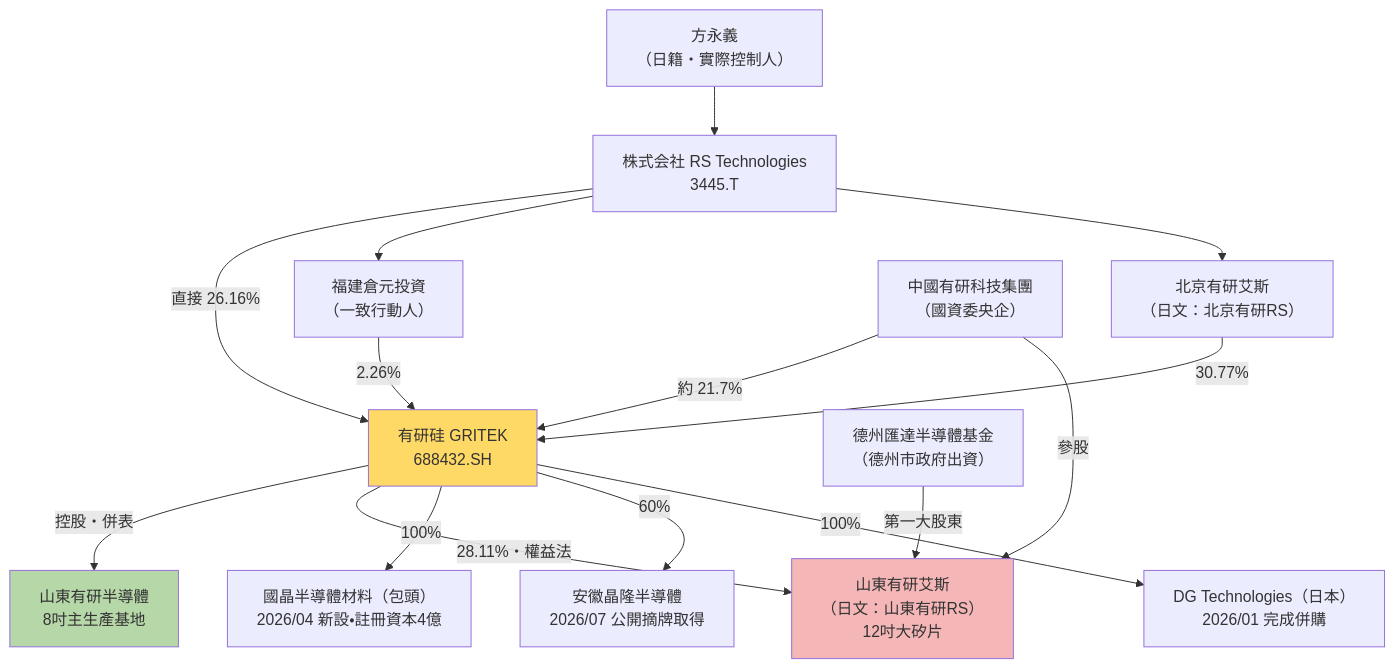
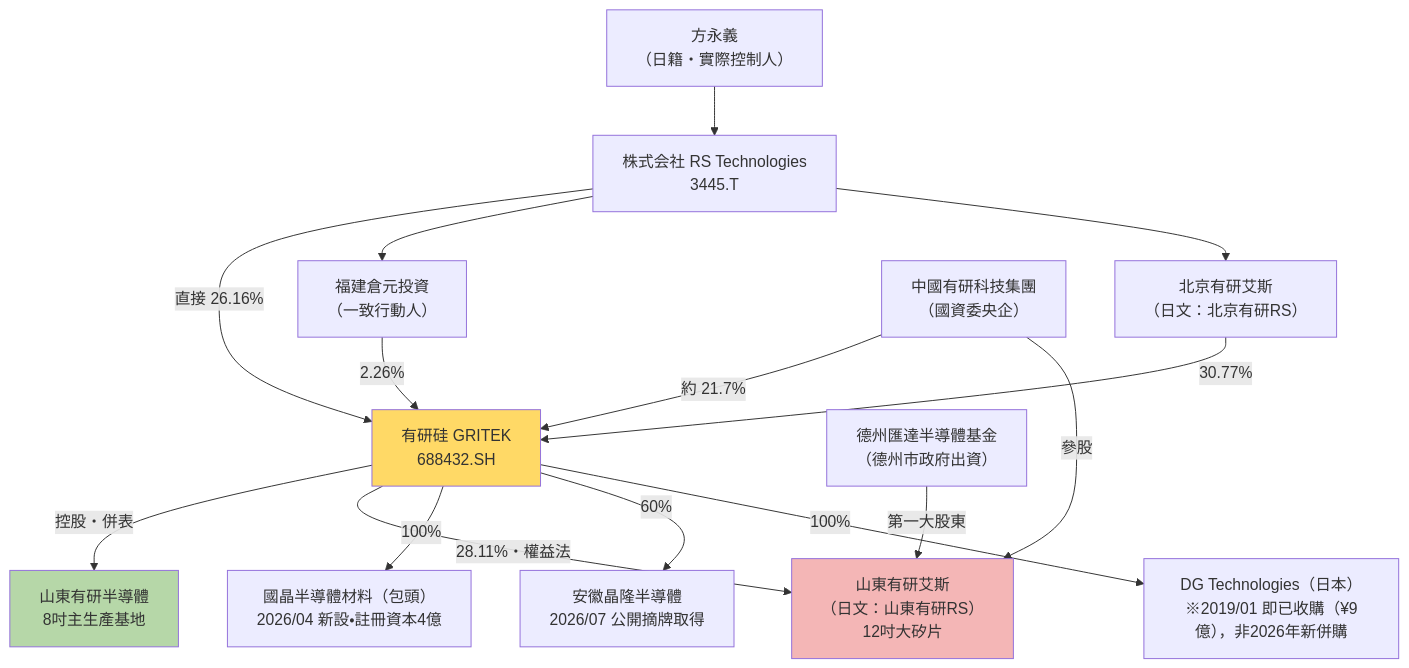
Before and after one commit to a9303001/FinancialReport: the first of 2 diagrams in 3445RS/有研硅（688432.SH）vs 山東有研RS／山東有研艾斯 — 關係釐清與基本面分析.md, drawn with Mermaid. The commit also changed other lines of this file and 1 other file, not shown here.

````diff
--- a/3445RS/有研硅（688432.SH）vs 山東有研RS／山東有研艾斯 — 關係釐清與基本面分析.md
+++ b/3445RS/有研硅（688432.SH）vs 山東有研RS／山東有研艾斯 — 關係釐清與基本面分析.md
@@ -61,23 +61,23 @@
 ```mermaid
 graph TD
     A["方永義<br/>（日籍・實際控制人）"] --> B["株式会社 RS Technologies<br/>3445.T"]
     B -->|"直接 26.16%"| E["有研硅 GRITEK<br/>688432.SH"]
     B --> C["福建倉元投資<br/>（一致行動人）"]
     C -->|"2.26%"| E
     B --> D["北京有研艾斯<br/>（日文：北京有研RS）"]
     D -->|"30.77%"| E
     F["中國有研科技集團<br/>（國資委央企）"] -->|"約 21.7%"| E
 
     E -->|"控股・併表"| G["山東有研半導體<br/>8吋主生產基地"]
     E -->|"28.11%・權益法"| H["山東有研艾斯<br/>（日文：山東有研RS）<br/>12吋大矽片"]
     F -->|"參股"| H
     I["德州匯達半導體基金<br/>（德州市政府出資）"] -->|"第一大股東"| H
 
     E -->|"100%"| J["國晶半導體材料（包頭）<br/>2026/04 新設・註冊資本4億"]
     E -->|"60%"| K["安徽晶隆半導體<br/>2026/07 公開摘牌取得"]
-    E -->|"100%"| L["DG Technologies（日本）<br/>2026/01 完成併購"]
+    E -->|"100%"| L["DG Technologies（日本）<br/>※2019/01 即已收購（¥9億），非2026年新併購"]
 
     style E fill:#ffd966
     style H fill:#f4b6b6
     style G fill:#b6d7a8
 ```
````
